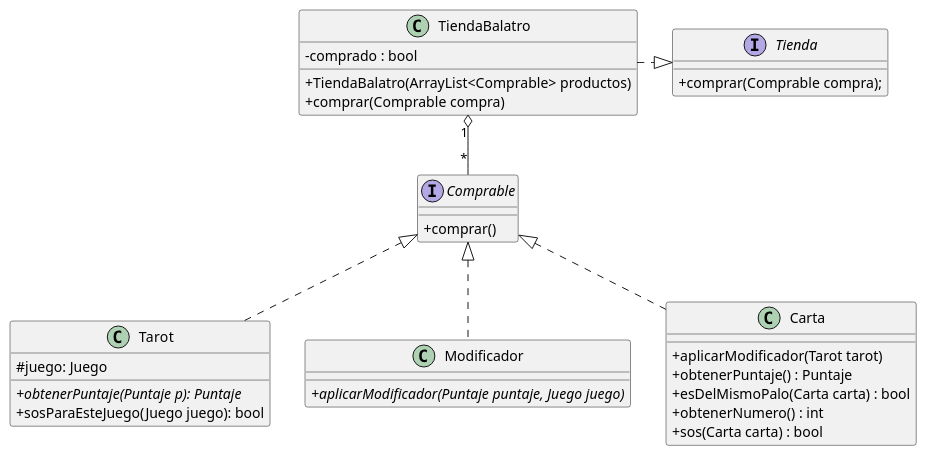
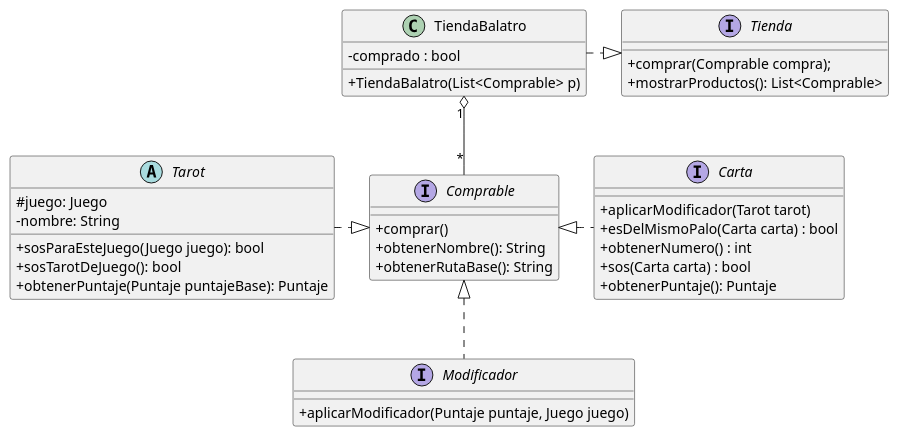
One commit to facukresta/g06-tp2-2c-2024 changed the diagram in diagrams/classes/TiendaYComprable.puml. Above: the diagram before and after it, drawn with PlantUML. The commit also changed 47 other files, not shown here.

```diff
--- a/diagrams/classes/TiendaYComprable.puml
+++ b/diagrams/classes/TiendaYComprable.puml
@@ -1,43 +1,46 @@
 @startuml TiendaYComprable
 skinparam classAttributeIconSize 0
 
 class TiendaBalatro{
 - comprado : bool
-+TiendaBalatro(ArrayList<Comprable> productos)
-+comprar(Comprable compra)
++TiendaBalatro(List<Comprable> p)
 }
 
 interface Tienda {
 +comprar(Comprable compra);
++mostrarProductos(): List<Comprable>
 }
 
 interface Comprable {
-+comprar()
+    +comprar()
+    +obtenerNombre(): String
+    +obtenerRutaBase(): String
+}
+abstract class Tarot{
+#juego: Juego
+-nombre: String
++sosParaEsteJuego(Juego juego): bool
++sosTarotDeJuego(): bool
++obtenerPuntaje(Puntaje puntajeBase): Puntaje
 }
 
-class Tarot {
-#juego: Juego
-+{abstract}obtenerPuntaje(Puntaje p): Puntaje
-+sosParaEsteJuego(Juego juego): bool
+interface Modificador{
++aplicarModificador(Puntaje puntaje, Juego juego)
 }
 
-class Modificador {
-+{abstract} aplicarModificador(Puntaje puntaje, Juego juego)
+interface Carta {
+    +aplicarModificador(Tarot tarot)
+    +esDelMismoPalo(Carta carta) : bool
+    +obtenerNumero() : int
+    +sos(Carta carta) : bool
+     +obtenerPuntaje(): Puntaje
 }
 
-class Carta {
-+aplicarModificador(Tarot tarot)
-+obtenerPuntaje() : Puntaje
-+esDelMismoPalo(Carta carta) : bool
-+obtenerNumero() : int
-+sos(Carta carta) : bool
-}
-
-Carta .up.|> Comprable
+Carta .left.|> Comprable
 Modificador .up.|> Comprable
-Tarot .up.|> Comprable
+Tarot .right.|> Comprable
 TiendaBalatro "1" o-- "*" Comprable
 TiendaBalatro .right.|> Tienda
 
 
 @enduml
```
